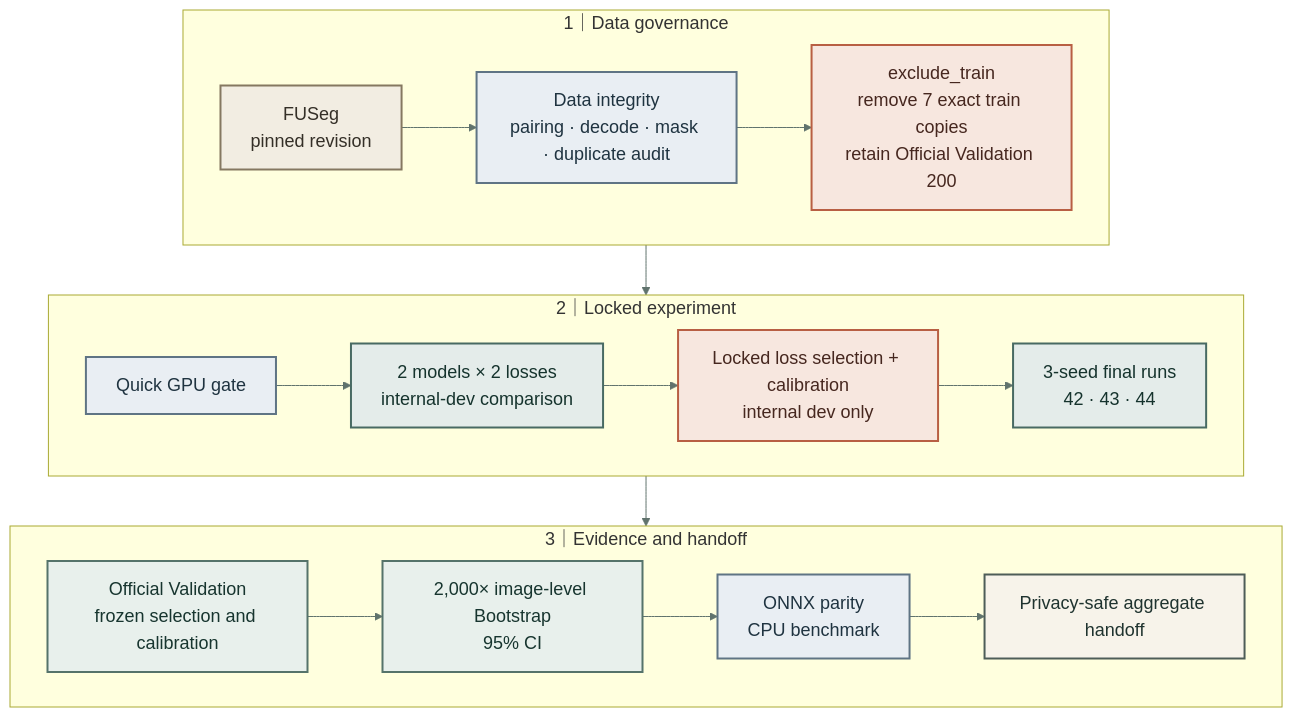
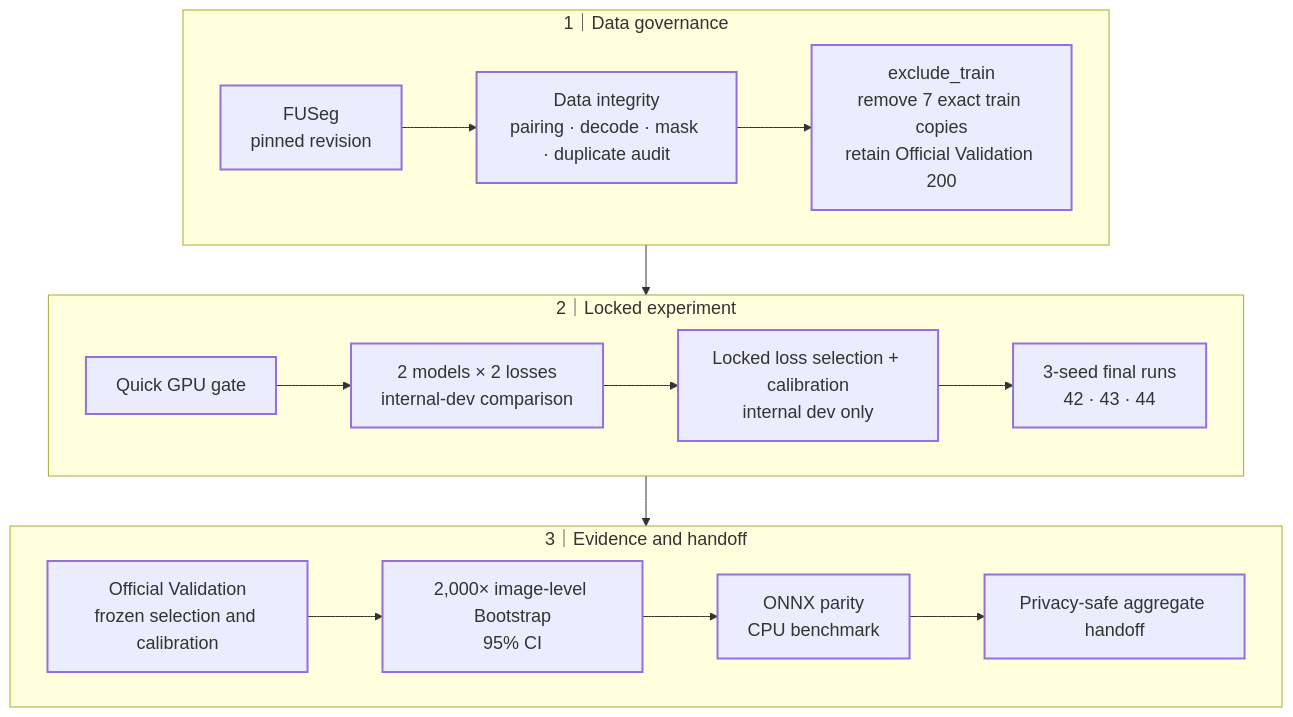
One commit to kuotunyu/WoundScope changed the second of 3 diagrams in README.md. Above: the diagram before and after it, drawn with Mermaid. The commit also changed other lines of this file and 2 other files, not shown here.

Commit message:
fix(docs): preserve Mermaid dark-mode contrast

````diff
--- a/README.md
+++ b/README.md
@@ -72,39 +72,39 @@
 ```mermaid
-%%{init: {"themeVariables": {"fontSize": "18px", "fontFamily": "Arial, sans-serif", "lineColor": "#60736D"}}}%%
+%%{init: {"themeVariables": {"fontSize": "18px", "fontFamily": "Arial, sans-serif"}}}%%
 flowchart TB
     subgraph Governance["1｜Data governance"]
         direction LR
         Source["FUSeg<br/>pinned revision"]:::source
         Integrity["Data integrity<br/>pairing · decode · mask · duplicate audit"]:::gate
         Exclude["exclude_train<br/>remove 7 exact train copies<br/>retain Official Validation 200"]:::decision
         Source --> Integrity --> Exclude
     end
 
     subgraph Experiment["2｜Locked experiment"]
         direction LR
         Quick["Quick GPU gate"]:::gate
         Compare["2 models × 2 losses<br/>internal-dev comparison"]:::process
         Lock["Locked loss selection + calibration<br/>internal dev only"]:::decision
         Seeds["3-seed final runs<br/>42 · 43 · 44"]:::process
         Quick --> Compare --> Lock --> Seeds
     end
 
     subgraph EvidenceStage["3｜Evidence and handoff"]
         direction LR
         Validation["Official Validation<br/>frozen selection and calibration"]:::evidence
         Bootstrap["2,000× image-level Bootstrap<br/>95% CI"]:::evidence
         Parity["ONNX parity<br/>CPU benchmark"]:::gate
         Handoff["Privacy-safe aggregate handoff"]:::output
         Validation --> Bootstrap --> Parity --> Handoff
     end
 
     Exclude --> Quick
     Seeds --> Validation
 
-    classDef source fill:#F2EDE2,stroke:#857861,color:#342F27,stroke-width:2px;
-    classDef process fill:#E4ECEA,stroke:#486A63,color:#15332D,stroke-width:2px;
-    classDef gate fill:#E9EEF3,stroke:#5F7484,color:#1F3340,stroke-width:2px;
-    classDef decision fill:#F7E7DF,stroke:#B85F43,color:#46271F,stroke-width:2px;
-    classDef evidence fill:#E8F0EC,stroke:#55736A,color:#17352F,stroke-width:2px;
-    classDef output fill:#F7F3EA,stroke:#4E5D58,color:#1F332F,stroke-width:2px;
+    classDef source stroke-width:2px;
+    classDef process stroke-width:2px;
+    classDef gate stroke-width:2px;
+    classDef decision stroke-width:2px;
+    classDef evidence stroke-width:2px;
+    classDef output stroke-width:2px;
 ```
````
